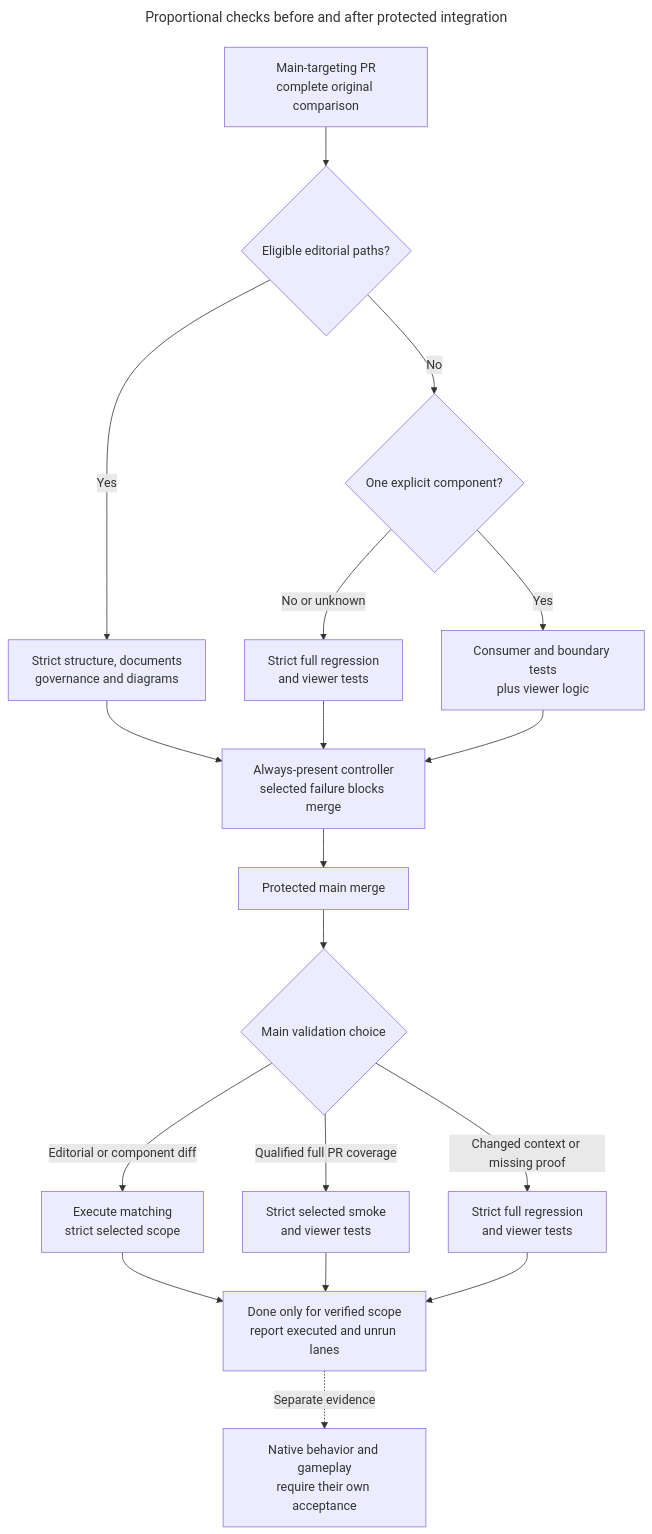
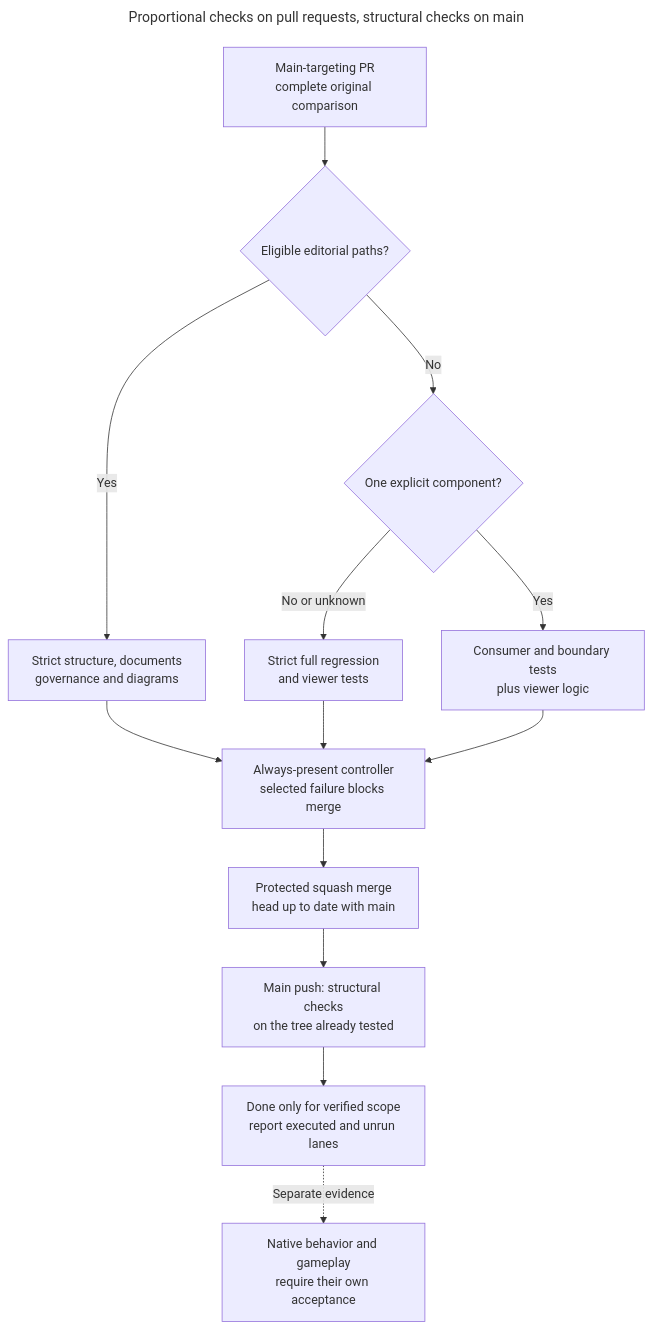
One commit to CVX-Hull/enactive changed the diagram in docs/diagrams/ci-validation.mmd. Above: the diagram before and after it, drawn with Mermaid. The commit also changed 26 other files, not shown here.

```diff
--- a/docs/diagrams/ci-validation.mmd
+++ b/docs/diagrams/ci-validation.mmd
@@ -1,23 +1,18 @@
 ---
-title: Proportional checks before and after protected integration
+title: Proportional checks on pull requests, structural checks on main
 ---
 flowchart TB
   accTitle: Relevant validation with an always-present required controller check
-  accDescr: Main-targeting pull requests use documentation consistency, explicit component consumer tests, or full portable regression from the complete diff. The required controller reports actual execution and failures block protected merge. After merge, main reruns the matching documentation or component scope, or selected smoke only when an earlier successful full PR run and Git relationships cover the actual tree with unchanged validation context. Otherwise main runs full regression. Native and gameplay acceptance remain separate.
+  accDescr: Main-targeting pull requests use documentation consistency, explicit component consumer tests, or full portable regression from the complete diff. The required controller reports actual execution and failures block protected merge. Main's ruleset requires the pull request to be up to date with main, so a squash merge gives main the tree the pull request's run tested, and a push to main runs the structural checks only. Native and gameplay acceptance remain separate.
   P["Main-targeting PR<br/>complete original comparison"] --> E{"Eligible editorial paths?"}
   E -- Yes --> D["Strict structure, documents<br/>governance and diagrams"]
   E -- No --> B{"One explicit component?"}
   B -- Yes --> T["Consumer and boundary tests<br/>plus viewer logic"]
   B -- No or unknown --> F["Strict full regression<br/>and viewer tests"]
   D --> C["Always-present controller<br/>selected failure blocks merge"]
   F --> C
   T --> C
-  C --> M["Protected main merge"]
-  M --> A{"Main validation choice"}
-  A -- Editorial or component diff --> Q["Execute matching<br/>strict selected scope"]
-  A -- Qualified full PR coverage --> S["Strict selected smoke<br/>and viewer tests"]
-  A -- Changed context or missing proof --> R["Strict full regression<br/>and viewer tests"]
-  Q --> V["Done only for verified scope<br/>report executed and unrun lanes"]
-  S --> V
-  R --> V
+  C --> M["Protected squash merge<br/>head up to date with main"]
+  M --> S["Main push: structural checks<br/>on the tree already tested"]
+  S --> V["Done only for verified scope<br/>report executed and unrun lanes"]
   V -. "Separate evidence" .-> N["Native behavior and gameplay<br/>require their own acceptance"]
```
